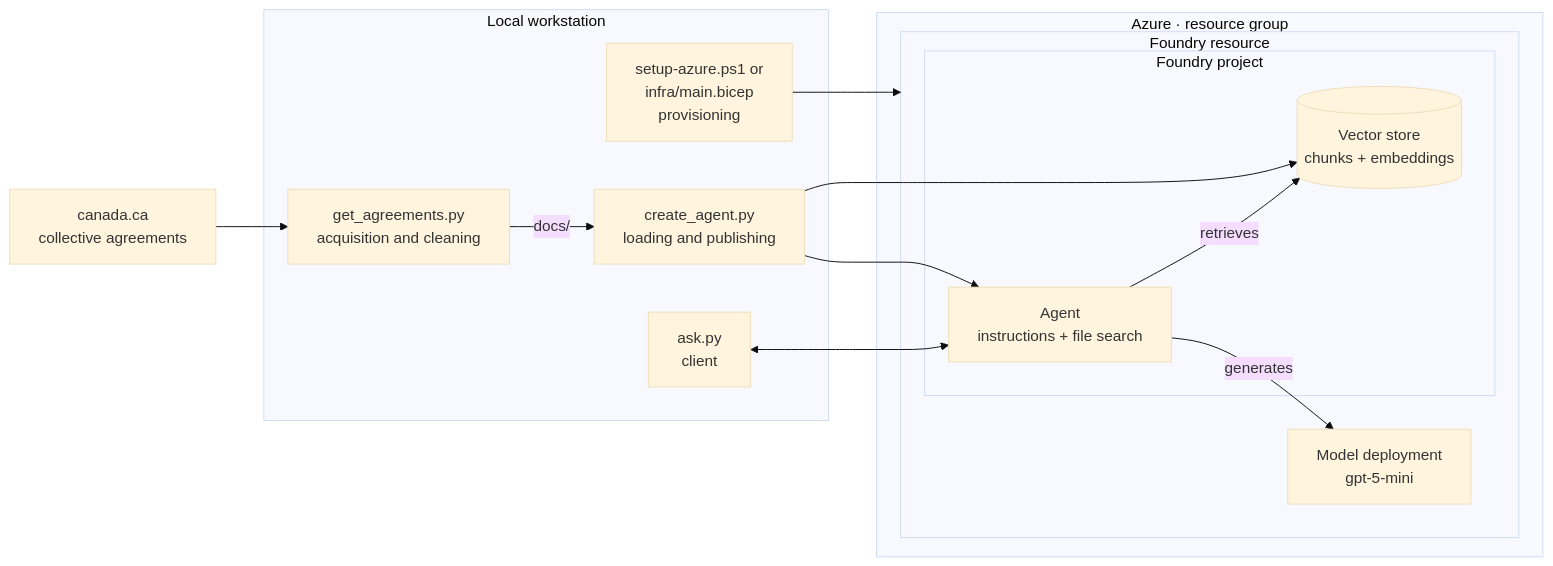
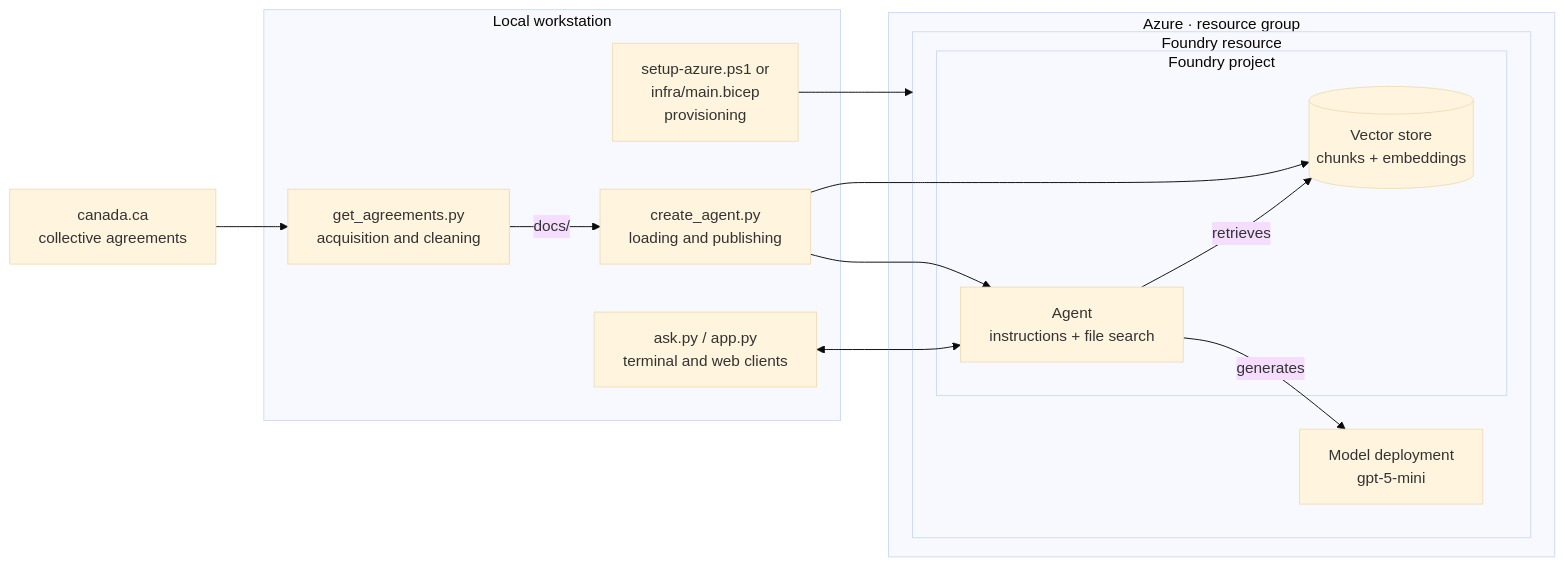
Before and after one commit to alexivieni/gc-pay-agent: the first of 3 diagrams in README.md, drawn with Mermaid (base theme). The commit also changed other lines of this file and 2 other files, not shown here.

````diff
--- a/README.md
+++ b/README.md
@@ -63,26 +71,26 @@
 ```mermaid
 flowchart LR
   subgraph WS["Local workstation"]
     S1["setup-azure.ps1 or<br/>infra/main.bicep<br/>provisioning"]
     S2["get_agreements.py<br/>acquisition and cleaning"]
     S3["create_agent.py<br/>loading and publishing"]
-    S4["ask.py<br/>client"]
+    S4["ask.py / app.py<br/>terminal and web clients"]
     S2 -->|"docs/"| S3
   end
   subgraph AZ["Azure · resource group"]
     subgraph FR["Foundry resource"]
       subgraph PJ["Foundry project"]
         VS[("Vector store<br/>chunks + embeddings")]
         AG["Agent<br/>instructions + file search"]
       end
       MD["Model deployment<br/>gpt-5-mini"]
     end
   end
   SRC["canada.ca<br/>collective agreements"] --> S2
   S1 --> FR
   S3 --> VS
   S3 --> AG
   S4 <--> AG
   AG -->|"retrieves"| VS
   AG -->|"generates"| MD
 ```
````
